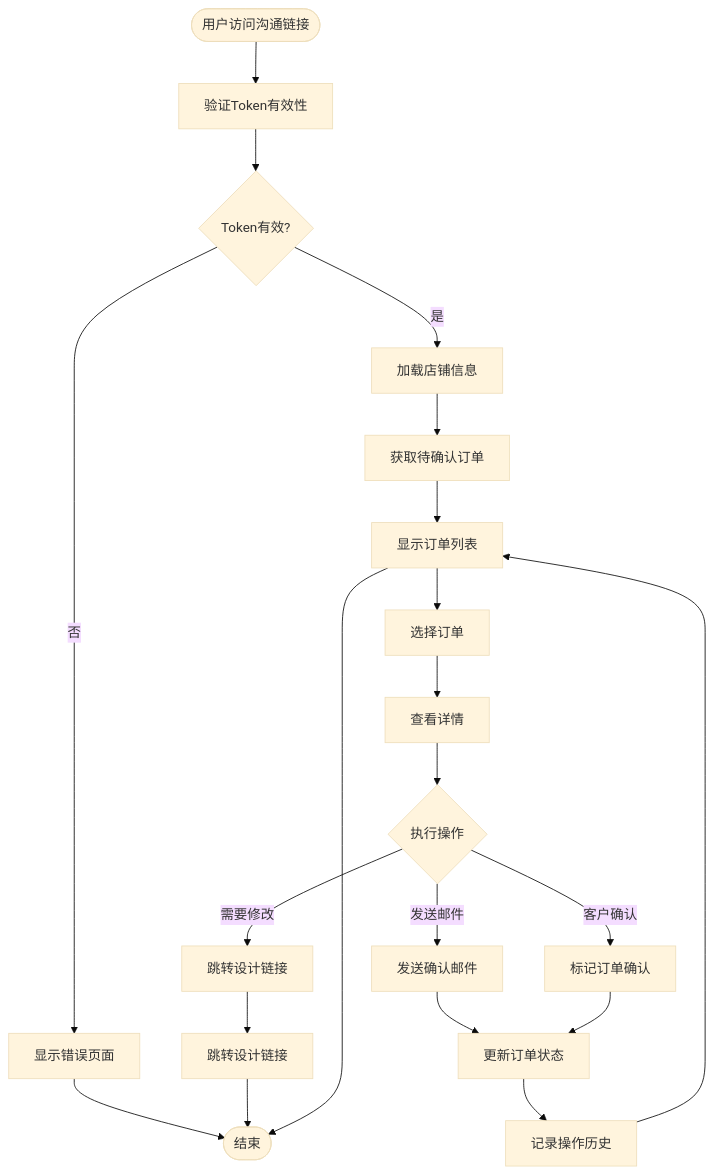
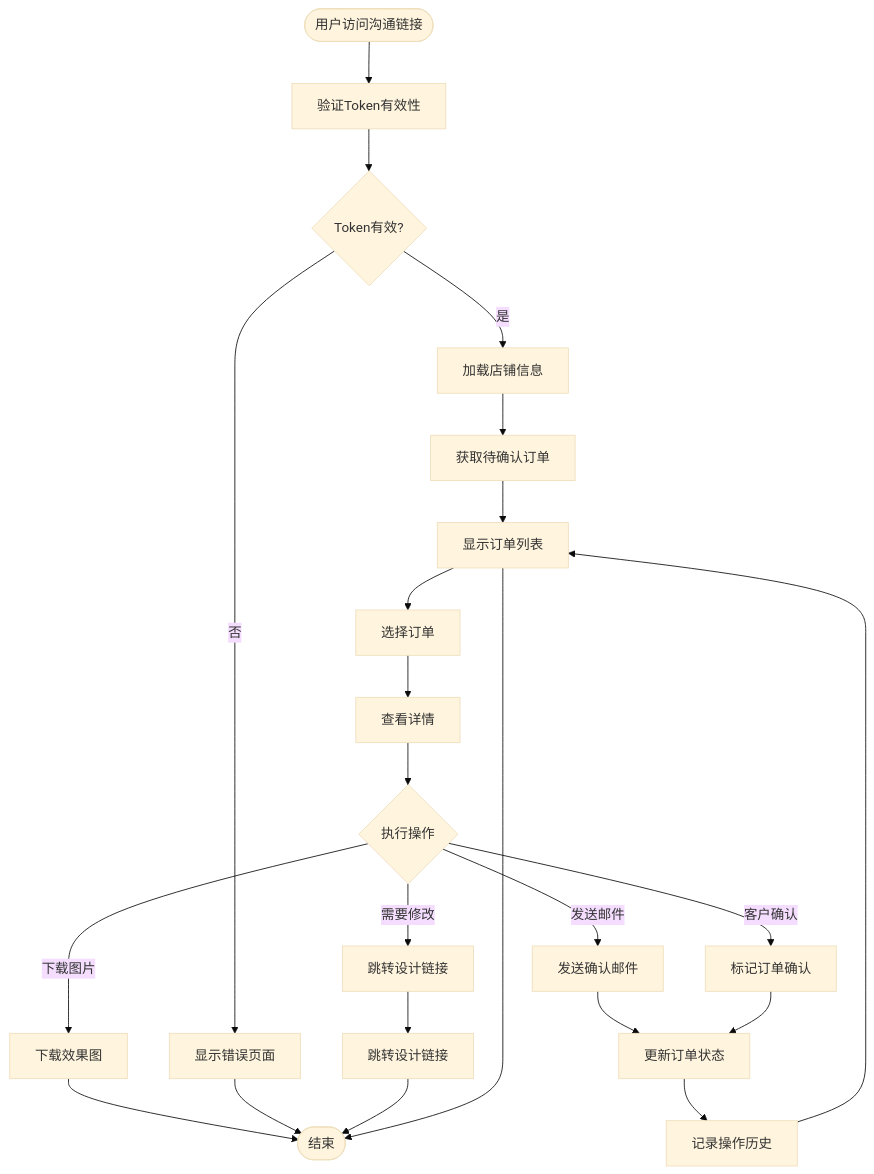
One commit to SY6621/POD-Order-Management changed the fourth of 12 diagrams in .qoder/repowiki/zh/content/开发指南/客服外链双链接系统.md. Above: the diagram before and after it, drawn with Mermaid (base theme). The commit also changed other lines of this file and 17 other files, not shown here.

````diff
--- a/.qoder/repowiki/zh/content/开发指南/客服外链双链接系统.md
+++ b/.qoder/repowiki/zh/content/开发指南/客服外链双链接系统.md
@@ -237,23 +253,25 @@
 ```mermaid
 flowchart TD
 Start([用户访问沟通链接]) --> Validate[验证Token有效性]
 Validate --> Valid{Token有效?}
 Valid --> |否| Error[显示错误页面]
 Valid --> |是| Load[加载店铺信息]
 Load --> Fetch[获取待确认订单]
 Fetch --> Display[显示订单列表]
 Display --> Select[选择订单]
 Select --> ViewDetail[查看详情]
 ViewDetail --> Action{执行操作}
 Action --> |发送邮件| SendEmail[发送确认邮件]
 Action --> |客户确认| Confirm[标记订单确认]
 Action --> |需要修改| Modify[跳转设计链接]
+Action --> |下载图片| Download[下载效果图]
 SendEmail --> UpdateStatus[更新订单状态]
 Confirm --> UpdateStatus
 Modify --> Redirect[跳转设计链接]
+Download --> End([结束])
 UpdateStatus --> History[记录操作历史]
 History --> Display
 Error --> End([结束])
 Redirect --> End
 Display --> End
 ```
````
